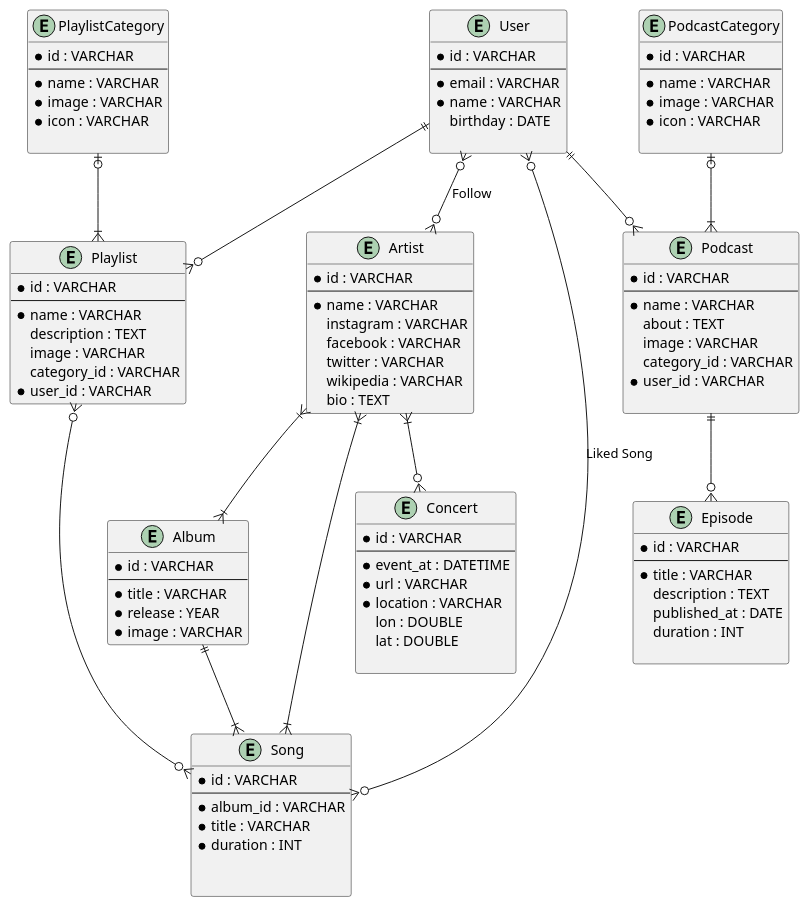
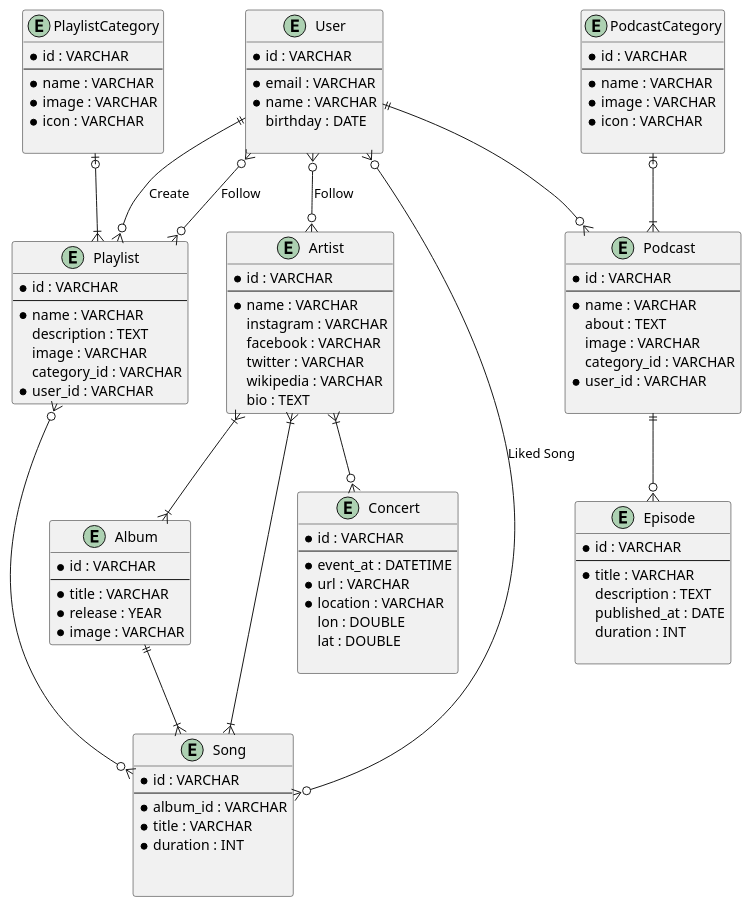
One commit to hanifiamdev/plantUML changed the diagram in spotify.puml. Above: the diagram before and after it, drawn with PlantUML.

Commit message:
Menentukan Relasi Follow Playlist

```diff
--- a/spotify.puml
+++ b/spotify.puml
@@ -1,114 +1,115 @@
 @startuml
 entity Artist {
     * id : VARCHAR
     --
     * name : VARCHAR
     instagram : VARCHAR
     facebook : VARCHAR
     twitter : VARCHAR
     wikipedia : VARCHAR
     bio : TEXT
 }
 
 entity Album {
     * id : VARCHAR
     --
     * title : VARCHAR
     * release : YEAR
     * image : VARCHAR
 }
 
 entity Song {
     * id : VARCHAR
     --
     * album_id : VARCHAR
     * title : VARCHAR
     * duration : INT
 
 
 }
 
 entity PlaylistCategory {
     * id : VARCHAR
     --
     * name : VARCHAR
     * image : VARCHAR
     * icon : VARCHAR
 
 }
 
 
 entity Playlist {
     * id : VARCHAR
     --
     * name : VARCHAR
     description : TEXT
     image : VARCHAR
     category_id : VARCHAR
     * user_id : VARCHAR
 }
 
 entity PodcastCategory {
     * id : VARCHAR
     --
     * name : VARCHAR
     * image : VARCHAR
     * icon : VARCHAR
 
 }
 
 entity Podcast {
     * id : VARCHAR
     --
     * name : VARCHAR
     about : TEXT
     image : VARCHAR
     category_id : VARCHAR
     * user_id : VARCHAR
 
 }
 
 entity Episode {
     * id : VARCHAR
     --
     * title : VARCHAR
     description : TEXT
     published_at : DATE
     duration : INT
 
 }
 
 entity User {
     * id : VARCHAR
     --
     * email : VARCHAR
     * name : VARCHAR
     birthday : DATE
 
 }
 
 entity Concert {
    * id : VARCHAR
    --
    * event_at : DATETIME
    * url : VARCHAR
    * location : VARCHAR
    lon : DOUBLE
    lat : DOUBLE
 
 }
 Artist }|--|{ Album
 Album ||--|{ Song
 Artist }|--|{ Song
 PlaylistCategory |o--|{ Playlist
-User ||--o{ Playlist
+User ||--o{ Playlist : Create
 Playlist }o--o{ Song
 PodcastCategory |o--|{ Podcast
 User ||--o{ Podcast
 Podcast ||--o{ Episode
 Artist }|--o{ Concert
 User }o--o{ Artist : Follow
 User }o--o{ Song : Liked Song
+User }o--o{ Playlist : Follow
 
 
 @enduml
```
